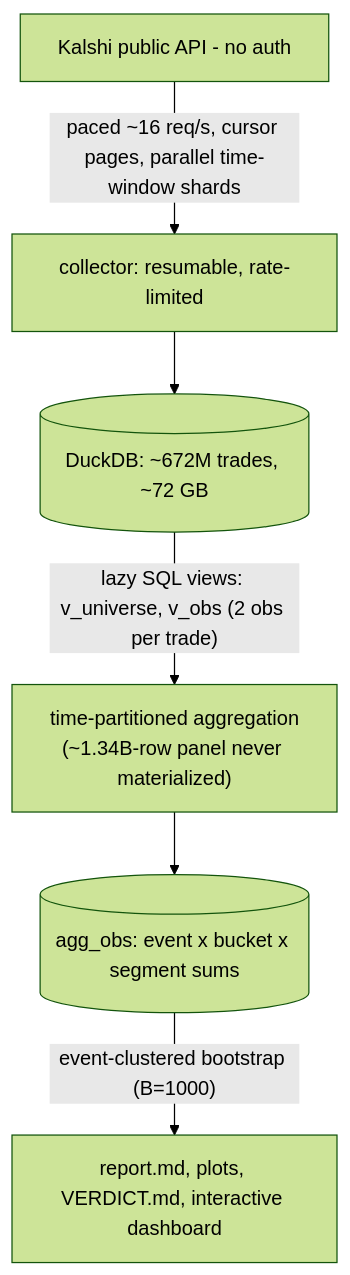
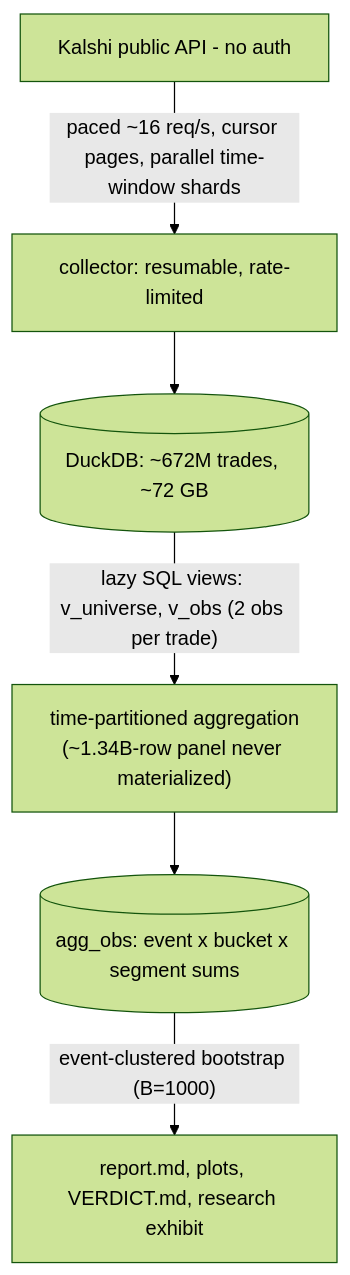
One commit to dlustig/kalshi-flb changed the diagram in README.md. Above: the diagram before and after it, drawn with Mermaid (forest theme). The commit also changed other lines of this file and 30 other files, not shown here.

First line of the commit message:
feat: publish Almost Certain research exhibit

````diff
--- a/README.md
+++ b/README.md
@@ -77,15 +97,15 @@
 ```mermaid
 flowchart TB
     API["Kalshi public API - no auth"]
     C["collector: resumable, rate-limited"]
     DB[("DuckDB: ~672M trades, ~72 GB")]
     AGG["time-partitioned aggregation<br/>(~1.34B-row panel never materialized)"]
     OBS[("agg_obs: event x bucket x segment sums")]
-    OUT["report.md, plots, VERDICT.md, interactive dashboard"]
+    OUT["report.md, plots, VERDICT.md, research exhibit"]
 
     API -- "paced ~16 req/s, cursor pages, parallel time-window shards" --> C
     C --> DB
     DB -- "lazy SQL views: v_universe, v_obs (2 obs per trade)" --> AGG
     AGG --> OBS
     OBS -- "event-clustered bootstrap (B=1000)" --> OUT
 ```
````
